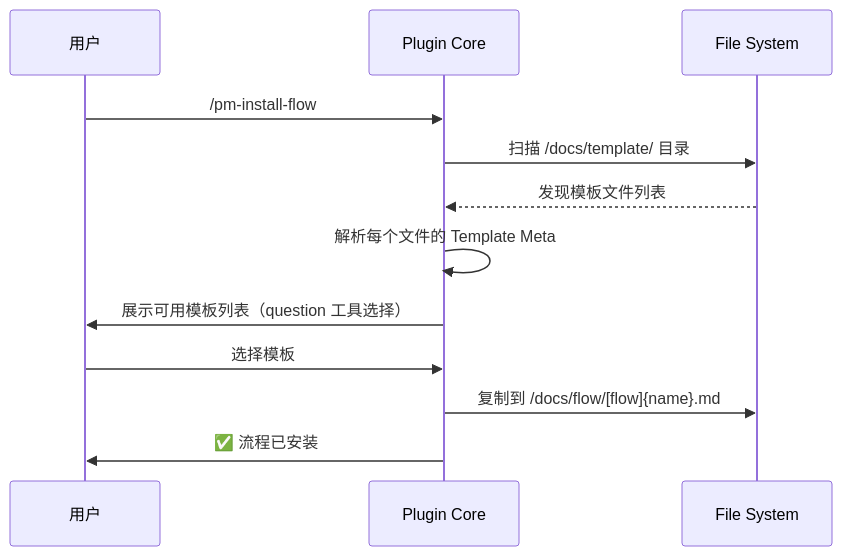
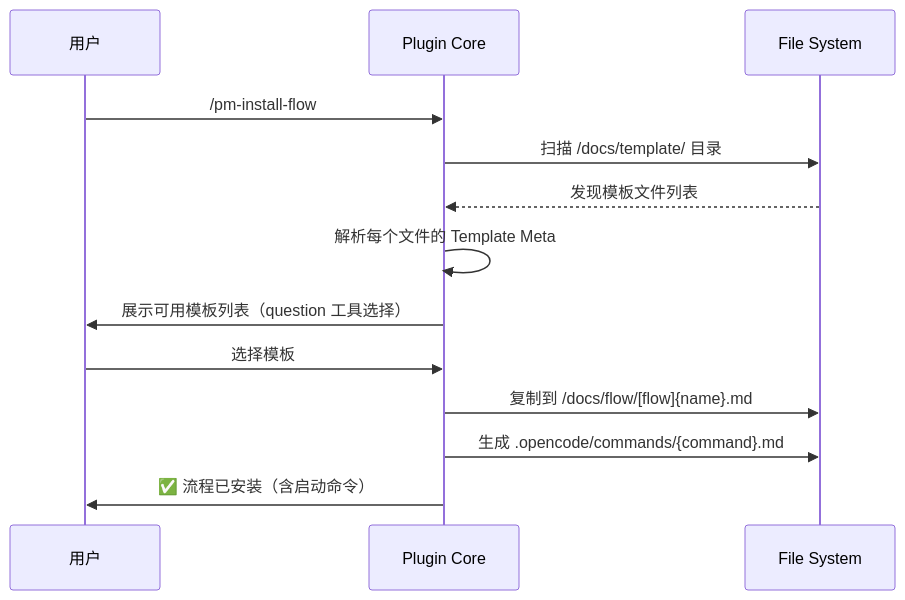
The first of 2 diagrams in docs/spec/vibe-pm-template-manager.md (hank-cp/opencode-vibe-pm), drawn with Mermaid before and after one commit. The commit also changed other lines of this file and 8 other files, not shown here.

First line of the commit message:
feat: 模板安装时自动生成 .opencode/commands/ 命令文件

````diff
--- a/docs/spec/vibe-pm-template-manager.md
+++ b/docs/spec/vibe-pm-template-manager.md
@@ -51,15 +52,16 @@
 ```mermaid
 sequenceDiagram
     participant User as 用户
     participant Core as Plugin Core
     participant FS as File System
 
     User->>Core: /pm-install-flow
     Core->>FS: 扫描 /docs/template/ 目录
     FS-->>Core: 发现模板文件列表
     Core->>Core: 解析每个文件的 Template Meta
     Core->>User: 展示可用模板列表（question 工具选择）
     User->>Core: 选择模板
     Core->>FS: 复制到 /docs/flow/[flow]{name}.md
-    Core->>User: ✅ 流程已安装
+    Core->>FS: 生成 .opencode/commands/{command}.md
+    Core->>User: ✅ 流程已安装（含启动命令）
 ```
````
